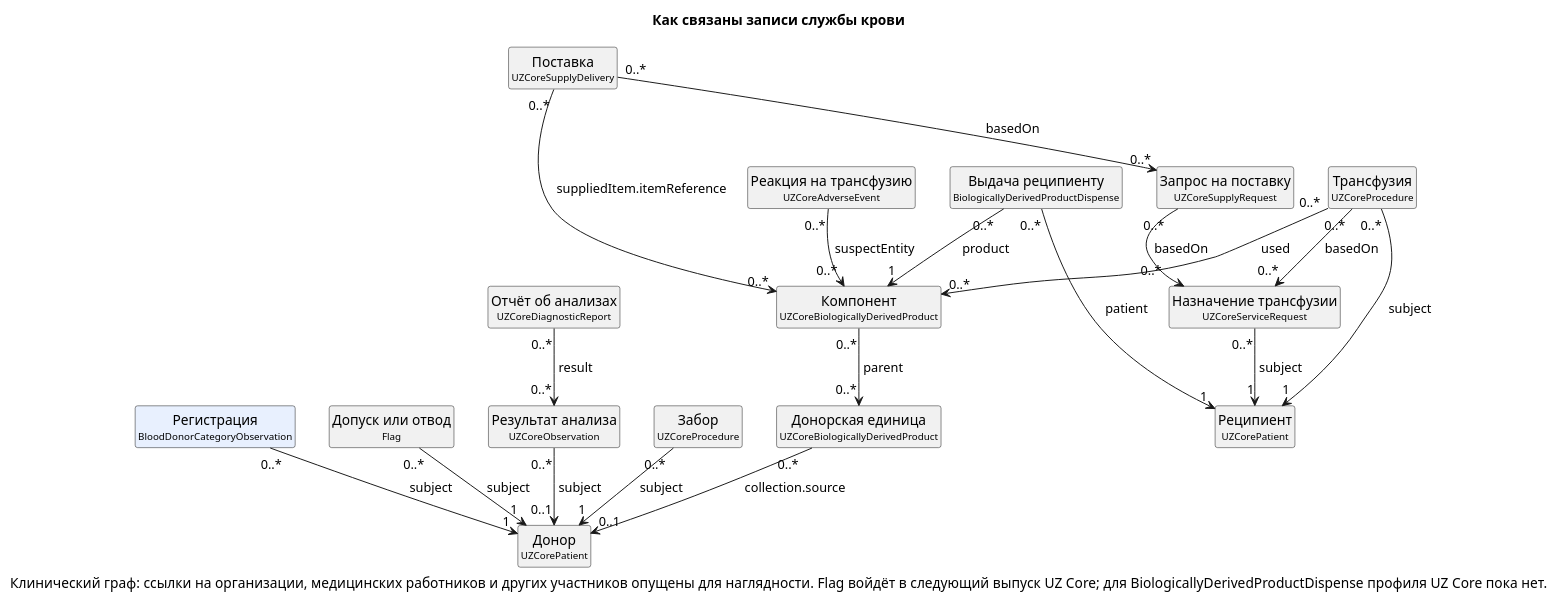
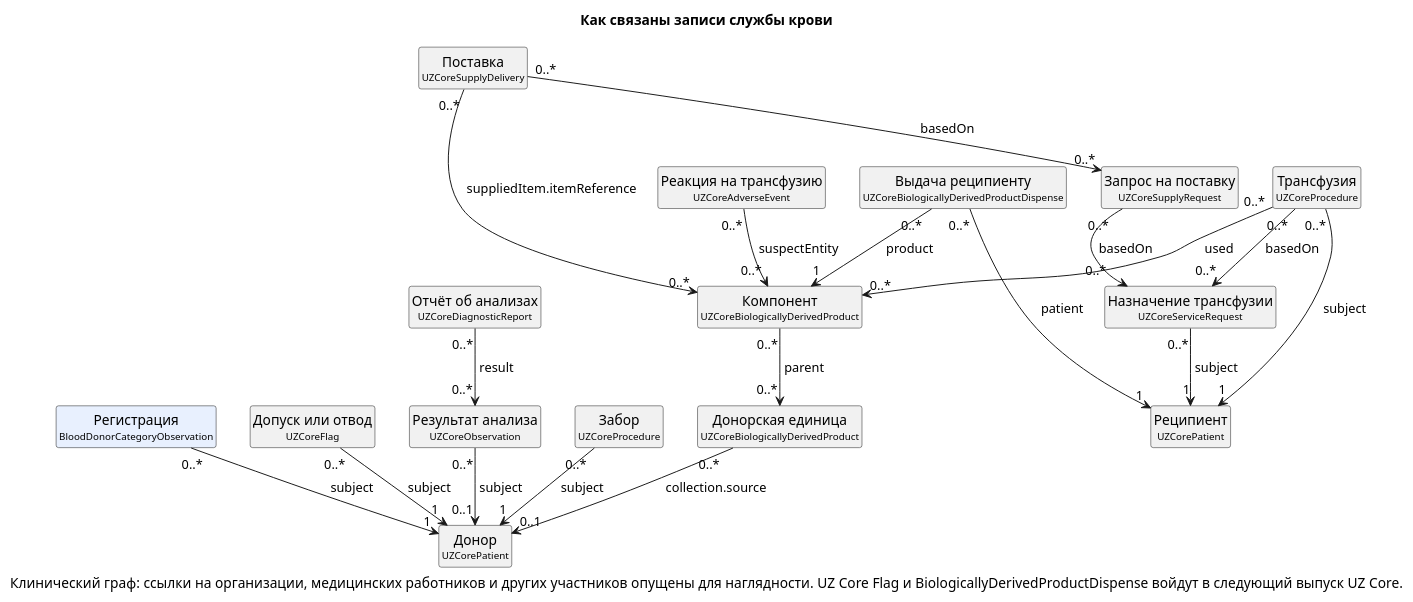
The diagram in input/images-source/blood-management-model-ru.plantuml (uzinfocom-org/digital-health-integration), drawn with PlantUML before and after one commit. The commit also changed 5 other files, not shown here.

```diff
--- a/input/images-source/blood-management-model-ru.plantuml
+++ b/input/images-source/blood-management-model-ru.plantuml
@@ -1,42 +1,42 @@
 @startuml blood-management-model-ru
 hide circle
 hide empty members
 title Как связаны записи службы крови
 
 class "Донор\n<size:10>UZCorePatient</size>" as Donor [[https://dhp.uz/fhir/core/ru/StructureDefinition-uz-core-patient.html{Открыть UZCorePatient}]]
 class "Реципиент\n<size:10>UZCorePatient</size>" as Recipient [[https://dhp.uz/fhir/core/ru/StructureDefinition-uz-core-patient.html{Открыть UZCorePatient}]]
 class "Регистрация\n<size:10>BloodDonorCategoryObservation</size>" as Reg [[StructureDefinition-blood-donor-category-observation.html{Открыть BloodDonorCategoryObservation}]] #E8F0FE
-class "Допуск или отвод\n<size:10>Flag</size>" as Flag
+class "Допуск или отвод\n<size:10>UZCoreFlag</size>" as Flag
 class "Результат анализа\n<size:10>UZCoreObservation</size>" as Test [[https://dhp.uz/fhir/core/ru/StructureDefinition-uz-core-observation.html{Открыть UZCoreObservation}]]
 class "Отчёт об анализах\n<size:10>UZCoreDiagnosticReport</size>" as Report [[https://dhp.uz/fhir/core/ru/StructureDefinition-uz-core-diagnostic-report.html{Открыть UZCoreDiagnosticReport}]]
 class "Забор\n<size:10>UZCoreProcedure</size>" as Coll [[https://dhp.uz/fhir/core/ru/StructureDefinition-uz-core-procedure.html{Открыть UZCoreProcedure}]]
 class "Донорская единица\n<size:10>UZCoreBiologicallyDerivedProduct</size>" as Unit [[https://dhp.uz/fhir/core/ru/StructureDefinition-uz-core-biologically-derived-product.html{Открыть UZCoreBiologicallyDerivedProduct}]]
 class "Компонент\n<size:10>UZCoreBiologicallyDerivedProduct</size>" as Comp [[https://dhp.uz/fhir/core/ru/StructureDefinition-uz-core-biologically-derived-product.html{Открыть UZCoreBiologicallyDerivedProduct}]]
 class "Назначение трансфузии\n<size:10>UZCoreServiceRequest</size>" as Order [[https://dhp.uz/fhir/core/ru/StructureDefinition-uz-core-servicerequest.html{Открыть UZCoreServiceRequest}]]
 class "Запрос на поставку\n<size:10>UZCoreSupplyRequest</size>" as SReq [[https://dhp.uz/fhir/core/ru/StructureDefinition-uz-core-supply-request.html{Открыть UZCoreSupplyRequest}]]
 class "Поставка\n<size:10>UZCoreSupplyDelivery</size>" as SDel [[https://dhp.uz/fhir/core/ru/StructureDefinition-uz-core-supply-delivery.html{Открыть UZCoreSupplyDelivery}]]
-class "Выдача реципиенту\n<size:10>BiologicallyDerivedProductDispense</size>" as Disp [[https://hl7.org/fhir/R5/biologicallyderivedproductdispense.html{Открыть BiologicallyDerivedProductDispense}]]
+class "Выдача реципиенту\n<size:10>UZCoreBiologicallyDerivedProductDispense</size>" as Disp
 class "Трансфузия\n<size:10>UZCoreProcedure</size>" as Tx [[https://dhp.uz/fhir/core/ru/StructureDefinition-uz-core-procedure.html{Открыть UZCoreProcedure}]]
 class "Реакция на трансфузию\n<size:10>UZCoreAdverseEvent</size>" as AE [[https://dhp.uz/fhir/core/ru/StructureDefinition-uz-core-adverse-event.html{Открыть UZCoreAdverseEvent}]]
 
 Reg "0..*" --> "1" Donor : « subject »
 Flag "0..*" --> "1" Donor : « subject »
 Test "0..*" --> "0..1" Donor : « subject »
 Report "0..*" --> "0..*" Test : « result »
 Coll "0..*" --> "1" Donor : « subject »
 Unit "0..*" --> "0..1" Donor : « collection.source »
 Comp "0..*" --> "0..*" Unit : « parent »
 Order "0..*" --> "1" Recipient : « subject »
 SReq "0..*" --> "0..*" Order : « basedOn »
 SDel "0..*" --> "0..*" SReq : « basedOn »
 SDel "0..*" --> "0..*" Comp : « suppliedItem.itemReference »
 Disp "0..*" --> "1" Comp : « product »
 Disp "0..*" --> "1" Recipient : « patient »
 Tx "0..*" --> "0..*" Order : « basedOn »
 Tx "0..*" --> "0..*" Comp : « used »
 Tx "0..*" --> "1" Recipient : « subject »
 AE "0..*" --> "0..*" Comp : « suspectEntity »
 
-caption Клинический граф: ссылки на организации, медицинских работников и других участников опущены для наглядности. Flag войдёт в следующий выпуск UZ Core; для BiologicallyDerivedProductDispense профиля UZ Core пока нет.
+caption Клинический граф: ссылки на организации, медицинских работников и других участников опущены для наглядности. UZ Core Flag и BiologicallyDerivedProductDispense войдут в следующий выпуск UZ Core.
 
 @enduml
```
